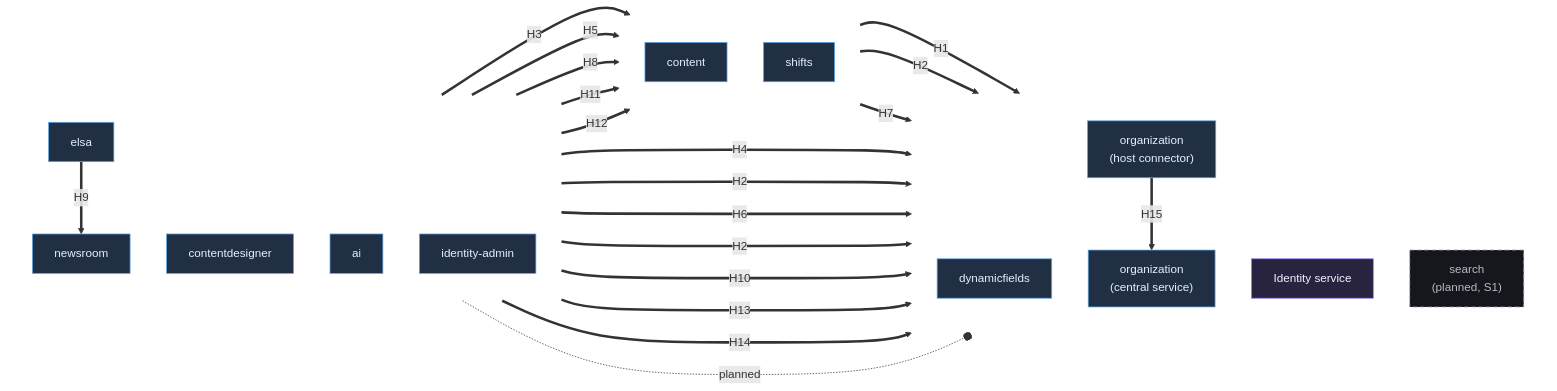
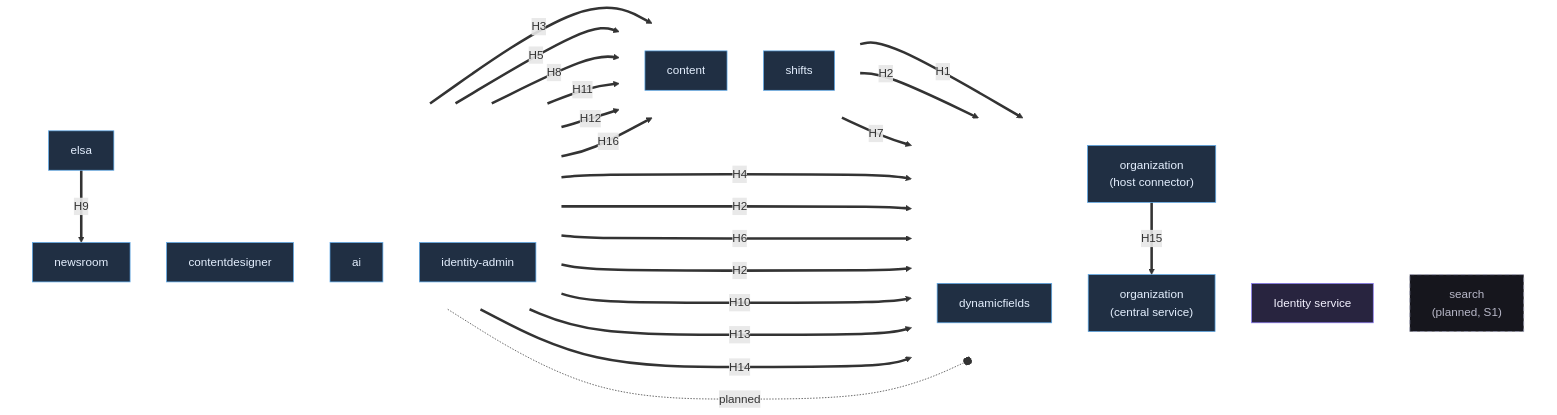
Before and after one commit to soft-square-net/ModularBlazor.Platform: the fourth of 6 diagrams in docs/astro-modular-blazor-docs/curved-chasm/src/content/docs/architecture/module-dependencies.md, drawn with Mermaid. The commit also changed other lines of this file and 5 other files, not shown here.

First line of the commit message:
Bring the architecture pages up to NewsRoom N3 and Elsa E2

````diff
--- a/docs/astro-modular-blazor-docs/curved-chasm/src/content/docs/architecture/module-dependencies.md
+++ b/docs/astro-modular-blazor-docs/curved-chasm/src/content/docs/architecture/module-dependencies.md
@@ -182,50 +182,51 @@
 ```mermaid
 flowchart LR
   subgraph Callers[" "]
     direction TB
     El["elsa"]:::custom
     Cd["contentdesigner"]:::custom
     Nr["newsroom"]:::custom
     Ai["ai"]:::custom
     Ia["identity-admin"]:::custom
   end
   subgraph Mid[" "]
     direction TB
     Co["content"]:::custom
     Sh["shifts"]:::custom
   end
   subgraph Targets[" "]
     direction TB
     Df["dynamicfields"]:::custom
     Org["organization<br/>(host connector)"]:::custom
     OrgC["organization<br/>(central service)"]:::custom
     IdSrv["Identity service"]:::core
     Search["search<br/>(planned, S1)"]:::planned
   end
 
   Co ==>|H1| Df
   Co ==>|H2| Org
   Nr ==>|H3| Co
   Nr ==>|H4| Df
   Nr ==>|H2| Org
   Cd ==>|H5| Co
   Cd ==>|H6| Df
   Cd ==>|H2| Org
   Sh ==>|H7| OrgC
   El ==>|H8| Co
   El ==>|H9| Nr
   El ==>|H10| Org
   El ==>|H11| Sh
   Ai ==>|H12| Co
   Ai ==>|H13| Df
   Ia ==>|H14| IdSrv
   Org ==>|H15| OrgC
+  Nr ==>|H16| Sh
   Ai -.-o|planned| Search
 
   classDef core fill:#28243f,stroke:#8b7cf6,color:#f4f2ff
   classDef custom fill:#202f43,stroke:#5da9e9,color:#e5f0ff
   classDef planned fill:#16161d,stroke:#9a9bb3,stroke-dasharray:6 4,color:#b8b8c8
   style Callers fill:none,stroke:none
   style Mid fill:none,stroke:none
   style Targets fill:none,stroke:none
 ```
````
